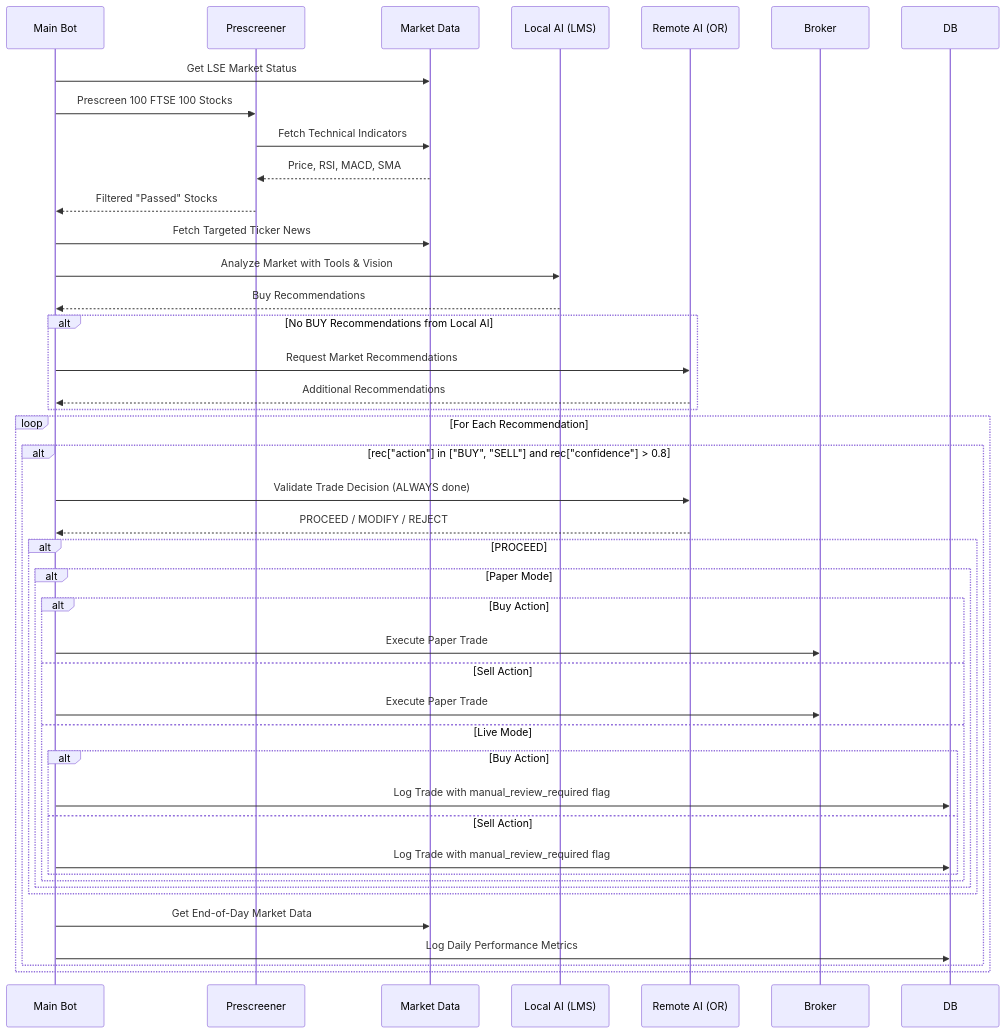
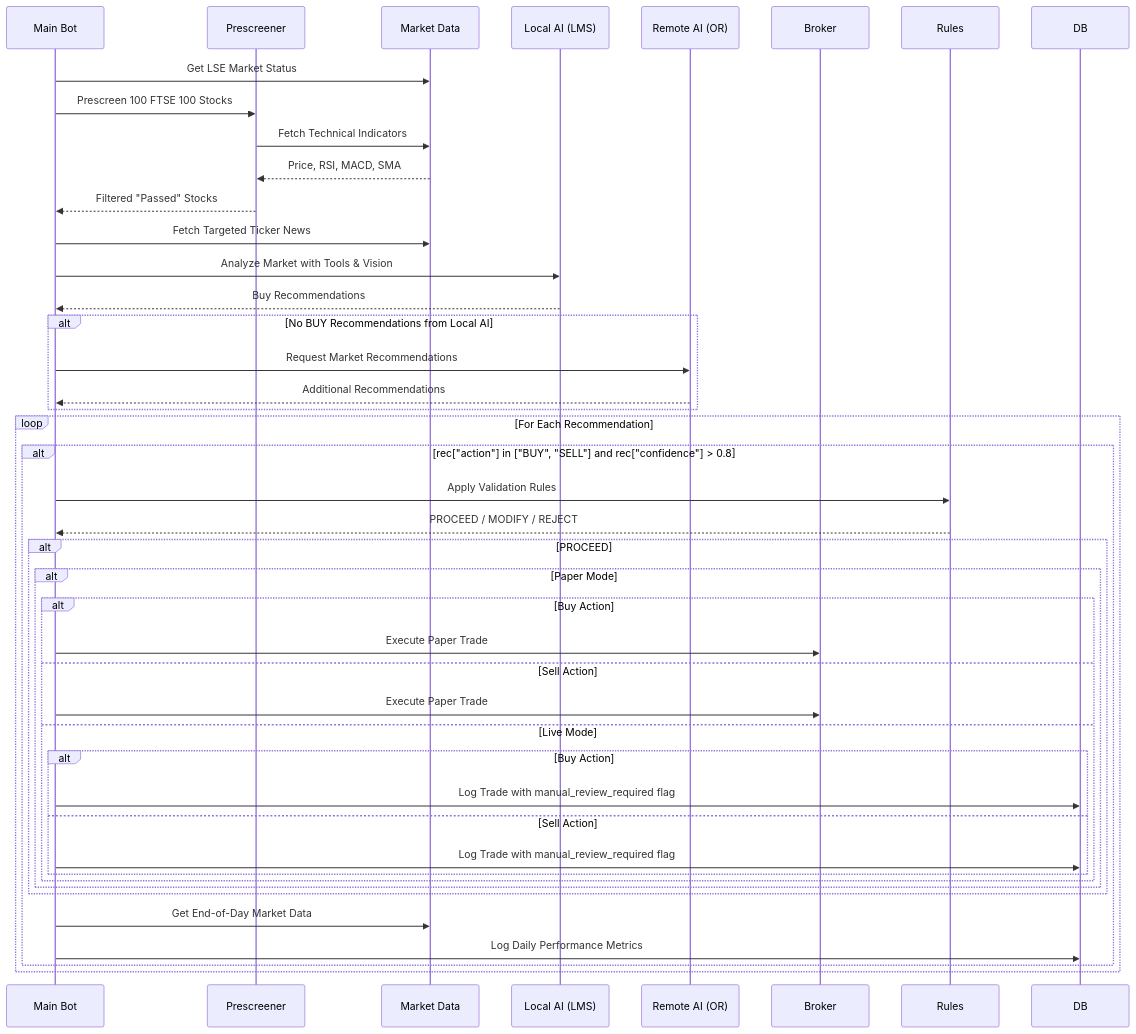
The second of 4 diagrams in DESIGN.md (psylsph/ai-stock-trader), drawn with Mermaid before and after one commit. The commit also changed other lines of this file and 19 other files, not shown here.

````diff
--- a/DESIGN.md
+++ b/DESIGN.md
@@ -71,50 +73,50 @@
 ```mermaid
 sequenceDiagram
     participant Bot as Main Bot
     participant Scr as Prescreener
     participant Mkt as Market Data
     participant LAI as Local AI (LMS)
     participant RAI as Remote AI (OR)
     participant Brk as Broker
 
     Bot->>Mkt: Get LSE Market Status
     Bot->>Scr: Prescreen 100 FTSE 100 Stocks
     Scr->>Mkt: Fetch Technical Indicators
     Mkt-->>Scr: Price, RSI, MACD, SMA
     Scr-->>Bot: Filtered "Passed" Stocks
 
     Bot->>Mkt: Fetch Targeted Ticker News
     Bot->>LAI: Analyze Market with Tools & Vision
     LAI-->>Bot: Buy Recommendations
 
     alt No BUY Recommendations from Local AI
         Bot->>RAI: Request Market Recommendations
         RAI-->>Bot: Additional Recommendations
     end
 
     loop For Each Recommendation
         alt rec["action"] in ["BUY", "SELL"] and rec["confidence"] > 0.8
-            Bot->>RAI: Validate Trade Decision (ALWAYS done)
-            RAI-->>Bot: PROCEED / MODIFY / REJECT
+            Bot->>Rules: Apply Validation Rules
+            Rules-->>Bot: PROCEED / MODIFY / REJECT
         alt PROCEED
             alt Paper Mode
                 alt Buy Action
                     Bot->>Brk: Execute Paper Trade
                 else Sell Action
                     Bot->>Brk: Execute Paper Trade
             else Live Mode
                 alt Buy Action
                     Bot->>DB: Log Trade with manual_review_required flag
                 else Sell Action
                     Bot->>DB: Log Trade with manual_review_required flag
             end
         end
     end
 
 end
     Bot->>Mkt: Get End-of-Day Market Data
     Bot->>DB: Log Daily Performance Metrics
 end
 
 end
 ```
````
